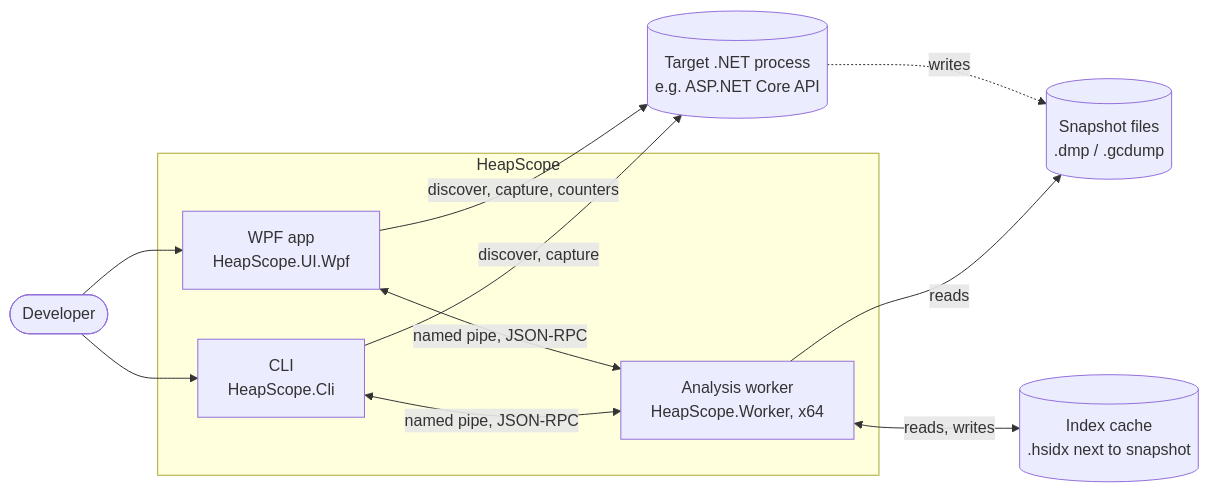
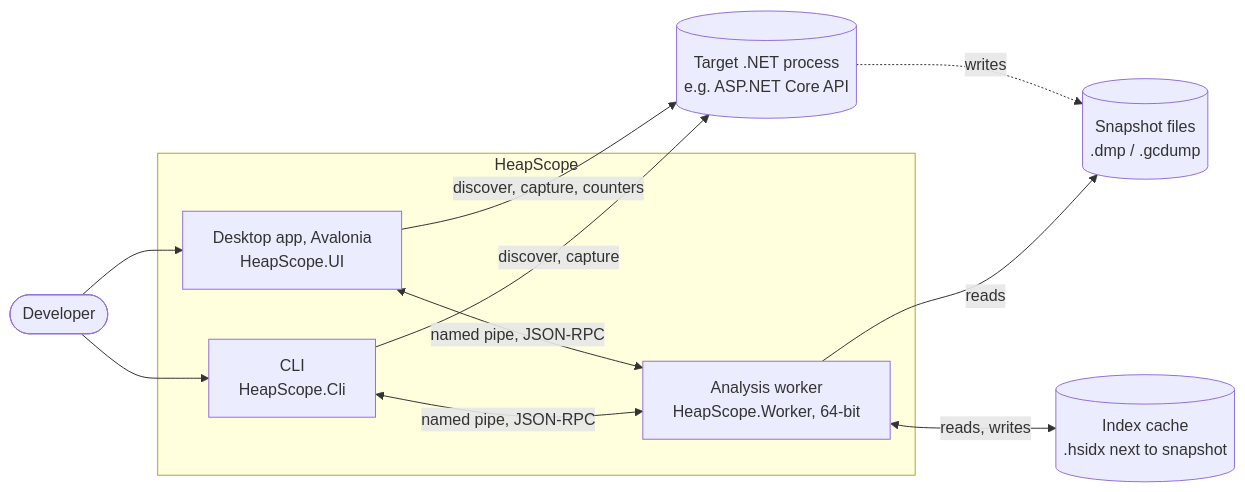
The first of 2 diagrams in docs/ARCHITECTURE.md (rklundt/HeapScope), drawn with Mermaid before and after one commit. The commit also changed other lines of this file and 214 other files, not shown here.

````diff
--- a/docs/ARCHITECTURE.md
+++ b/docs/ARCHITECTURE.md
@@ -33,22 +33,22 @@
 ```mermaid
 flowchart LR
     Dev([Developer])
     subgraph HeapScope
-        UI[WPF app<br/>HeapScope.UI.Wpf]
+        UI[Desktop app, Avalonia<br/>HeapScope.UI]
         CLI[CLI<br/>HeapScope.Cli]
-        W[Analysis worker<br/>HeapScope.Worker, x64]
+        W[Analysis worker<br/>HeapScope.Worker, 64-bit]
     end
     Target[(Target .NET process<br/>e.g. ASP.NET Core API)]
     Dumps[(Snapshot files<br/>.dmp / .gcdump)]
     Cache[(Index cache<br/>.hsidx next to snapshot)]
 
     Dev --> UI
     Dev --> CLI
     UI <-- named pipe, JSON-RPC --> W
     CLI <-- named pipe, JSON-RPC --> W
     UI -- discover, capture, counters --> Target
     CLI -- discover, capture --> Target
     Target -. writes .-> Dumps
     W -- reads --> Dumps
     W <-- reads, writes --> Cache
 ```
````
